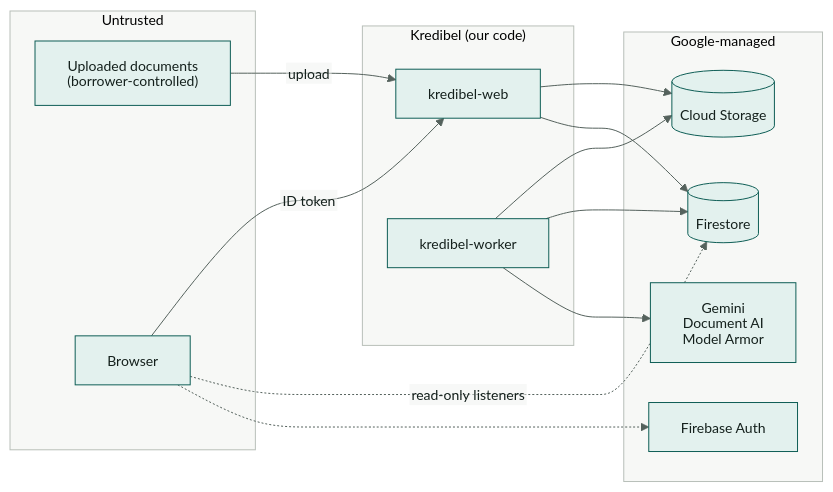
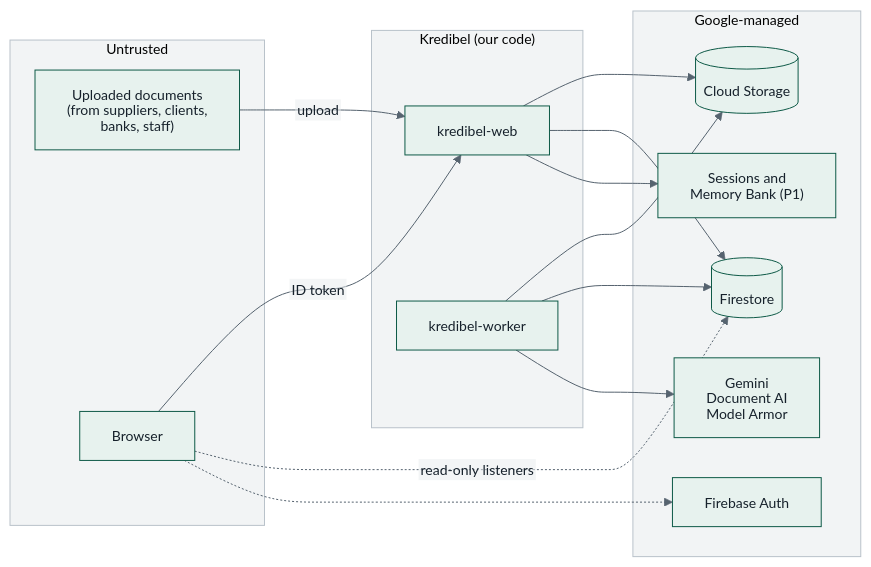
The diagram in docs/14-security-and-compliance.md (fadlytanjung/kredibel), drawn with Mermaid before and after one commit. The commit also changed other lines of this file and 245 other files, not shown here.

````diff
--- a/docs/14-security-and-compliance.md
+++ b/docs/14-security-and-compliance.md
@@ -11,27 +11,29 @@
 ```mermaid
-%%{init: {"theme": "base", "themeVariables": {"fontFamily": "Arial, Helvetica, sans-serif", "fontSize": "14px", "primaryColor": "#E3F1EE", "primaryBorderColor": "#0F5E56", "primaryTextColor": "#14201C", "lineColor": "#55625D", "secondaryColor": "#F0F2EF", "tertiaryColor": "#FFFFFF", "clusterBkg": "#F7F8F6", "clusterBorder": "#B8BFB9", "noteBkgColor": "#FEF0C7", "noteTextColor": "#14201C"}, "htmlLabels": false, "flowchart": {"htmlLabels": false, "padding": 16, "nodeSpacing": 40, "rankSpacing": 50, "wrappingWidth": 220}, "sequence": {"wrap": true, "useMaxWidth": true, "noteFontFamily": "Arial, Helvetica, sans-serif", "messageFontFamily": "Arial, Helvetica, sans-serif", "actorFontFamily": "Arial, Helvetica, sans-serif"}}}%%
+%%{init: {"theme": "base", "themeVariables": {"fontFamily": "Arial, Helvetica, sans-serif", "fontSize": "14px", "primaryColor": "#E7F2EE", "primaryBorderColor": "#0E5A47", "primaryTextColor": "#16212B", "lineColor": "#56636F", "secondaryColor": "#E8ECEE", "tertiaryColor": "#FFFFFF", "clusterBkg": "#F2F4F5", "clusterBorder": "#B9C2CA", "noteBkgColor": "#FFF5D6", "noteTextColor": "#16212B"}, "htmlLabels": false, "flowchart": {"htmlLabels": false, "padding": 16, "nodeSpacing": 40, "rankSpacing": 50, "wrappingWidth": 220}, "sequence": {"wrap": true, "useMaxWidth": true, "noteFontFamily": "Arial, Helvetica, sans-serif", "messageFontFamily": "Arial, Helvetica, sans-serif", "actorFontFamily": "Arial, Helvetica, sans-serif"}}}%%
 flowchart LR
     subgraph Untrusted
-        doc["Uploaded documents<br/>(borrower-controlled)"]
+        doc["Uploaded documents<br/>(from suppliers, clients,<br/>banks, staff)"]
         browser["Browser"]
     end
     subgraph Trusted["Kredibel (our code)"]
         web["kredibel-web"]
         worker["kredibel-worker"]
     end
     subgraph Google["Google-managed"]
         fs[("Firestore")]
         gcs[("Cloud Storage")]
         models["Gemini<br/>Document AI<br/>Model Armor"]
+        mem["Sessions and<br/>Memory Bank (P1)"]
         auth["Firebase Auth"]
     end
     browser -->|ID token| web
     doc -->|upload| web
     web --> gcs
     web --> fs
+    web --> mem
     worker --> gcs
     worker --> fs
     worker --> models
     browser -.->|read-only listeners| fs
     browser -.-> auth
 ```
````
